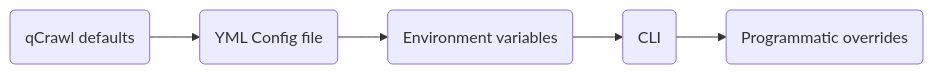
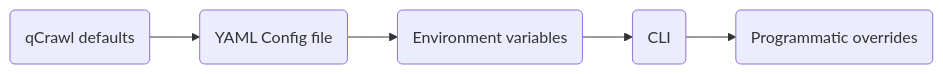
The diagram in docs/concepts/settings.md (crawlcore/qcrawl), drawn with Mermaid before and after one commit. The commit also changed other lines of this file, not shown here.

````diff
--- a/docs/concepts/settings.md
+++ b/docs/concepts/settings.md
@@ -10,4 +10,4 @@
 ``` mermaid
 flowchart LR
-    A(qCrawl defaults) --> B(YML Config file) --> C(Environment variables) --> D(CLI) --> E(Programmatic overrides)
+    A(qCrawl defaults) --> B(YAML Config file) --> C(Environment variables) --> D(CLI) --> E(Programmatic overrides)
 ```
````
